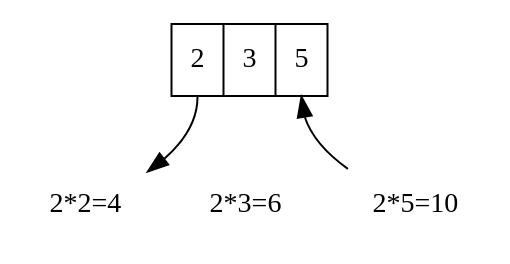
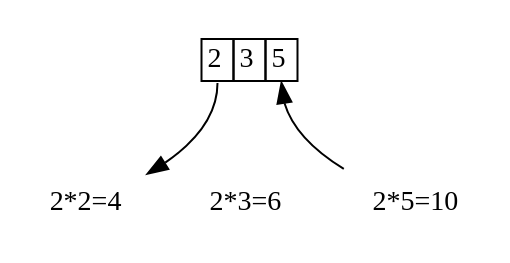
One commit to liuxinyu95/AlgoXY changed the diagram in others/preface/img/q2.dot. Above: the diagram before and after it, drawn with Graphviz. The commit also changed 7 other files, not shown here.

```diff
--- a/others/preface/img/q2.dot
+++ b/others/preface/img/q2.dot
@@ -1,12 +1,14 @@
 digraph G{
 	margin="0"
-	node[shape=record]
-	n[label="<head> 2|3|<tail> 5"];
-	x1[shape=none, label="2*2=4"];
-	x2[shape=none, label="2*3=6"];
-	x3[shape=none, label="2*5=10"];
+	node[shape=plaintext]
+	n[shape=plaintext,
+      label=<<table BORDER="0" CELLBORDER="1" CELLSPACING="0">
+              <tr><td port="head">2</td><td>3</td><td port="tail">5</td></tr></table>>]
+	x1[label="2*2=4", style=filled, color=white];
+	x2[label="2*3=6", style=filled, color=white];
+	x3[label="2*5=10", style=filled, color=white];
 	n:head->x1;
 	x1->x2->x3[style=invis];
 	x3->n:tail;
 	{rank = same; x1; x2; x3}
 }
```
